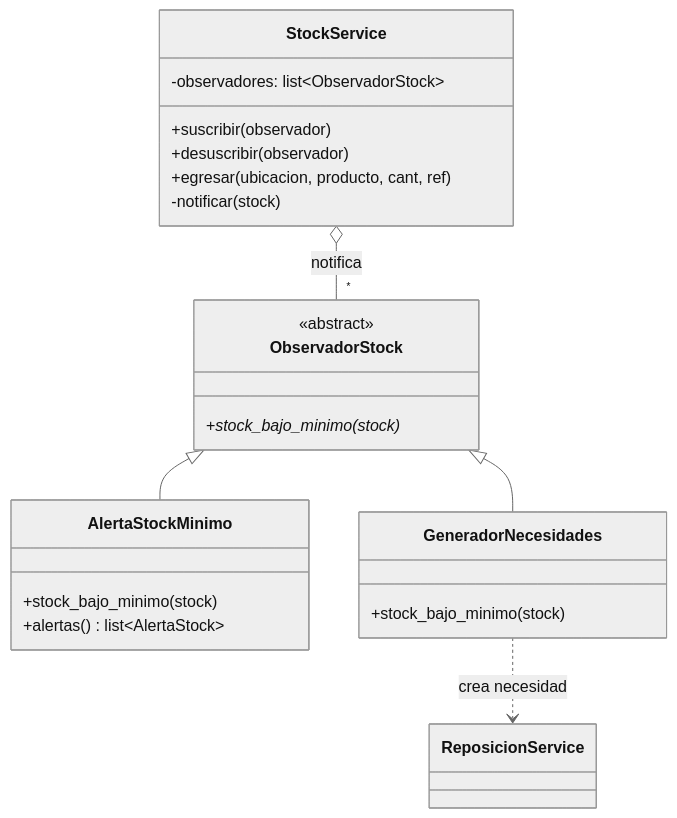
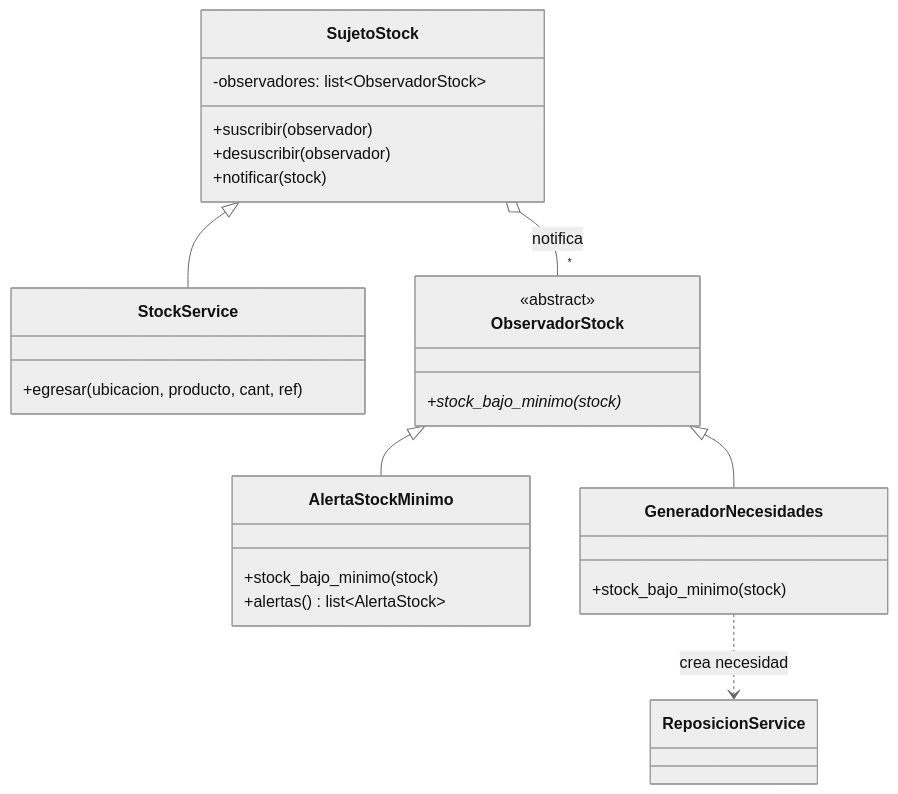
The first of 3 diagrams in docs/inventario.md (joaquin-brachetto/DAO-TP), drawn with Mermaid (neutral theme) before and after one commit. The commit also changed other lines of this file and 25 other files, not shown here.

````diff
--- a/docs/inventario.md
+++ b/docs/inventario.md
@@ -42,25 +42,28 @@
 ```mermaid
 classDiagram
-    class StockService {
+    class SujetoStock {
         -observadores: list~ObservadorStock~
         +suscribir(observador)
         +desuscribir(observador)
+        +notificar(stock)
+    }
+    class StockService {
         +egresar(ubicacion, producto, cant, ref)
-        -notificar(stock)
     }
     class ObservadorStock {
         <<abstract>>
         +stock_bajo_minimo(stock)*
     }
     class AlertaStockMinimo {
         +stock_bajo_minimo(stock)
         +alertas() list~AlertaStock~
     }
     class GeneradorNecesidades {
         +stock_bajo_minimo(stock)
     }
-    StockService o-- "*" ObservadorStock : notifica
+    SujetoStock <|-- StockService
+    SujetoStock o-- "*" ObservadorStock : notifica
     ObservadorStock <|-- AlertaStockMinimo
     ObservadorStock <|-- GeneradorNecesidades
     GeneradorNecesidades ..> ReposicionService : crea necesidad
 ```
````
